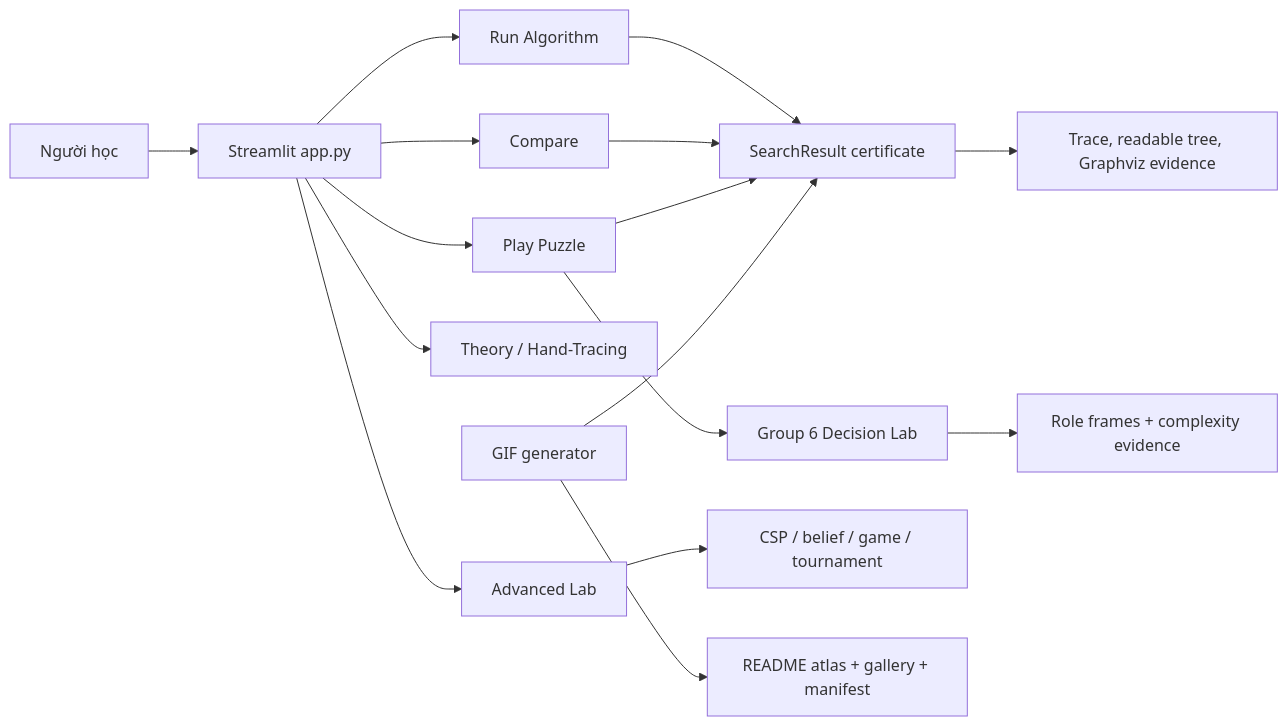
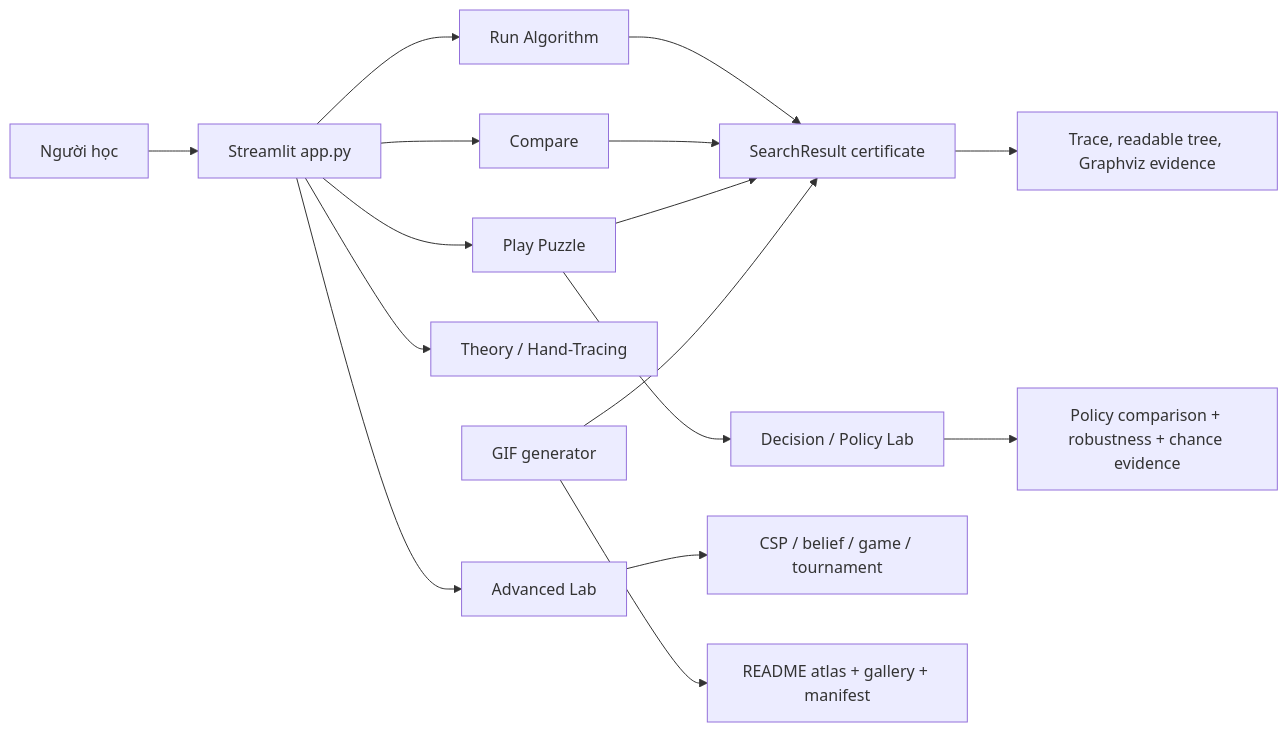
Before and after one commit to JasonTM17/AI_Algothrithm_Study_University: the diagram in docs/system-architecture.md, drawn with Mermaid. The commit also changed other lines of this file and 34 other files, not shown here.

First line of the commit message:
feat(play): add decision policy lab modes

````diff
--- a/docs/system-architecture.md
+++ b/docs/system-architecture.md
@@ -3,18 +3,18 @@
 ```mermaid
 flowchart LR
     U["Người học"] --> S["Streamlit app.py"]
     S --> P["Play Puzzle"]
     S --> R["Run Algorithm"]
     S --> C["Compare"]
     S --> T["Theory / Hand-Tracing"]
     S --> A["Advanced Lab"]
     R --> M["SearchResult certificate"]
     C --> M
     P --> M
-    P --> G6["Group 6 Decision Lab"]
-    G6 --> E["Role frames + complexity evidence"]
+    P --> G6["Decision / Policy Lab"]
+    G6 --> E["Policy comparison + robustness + chance evidence"]
     M --> V["Trace, readable tree, Graphviz evidence"]
     A --> X["CSP / belief / game / tournament"]
     G["GIF generator"] --> D["README atlas + gallery + manifest"]
     G --> M
 ```
````
